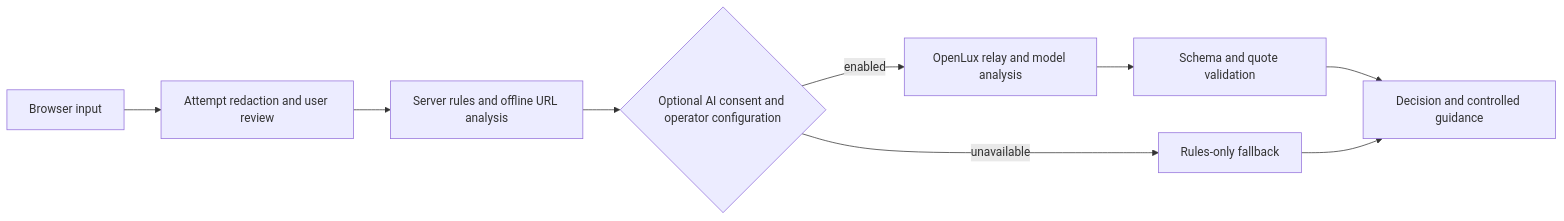
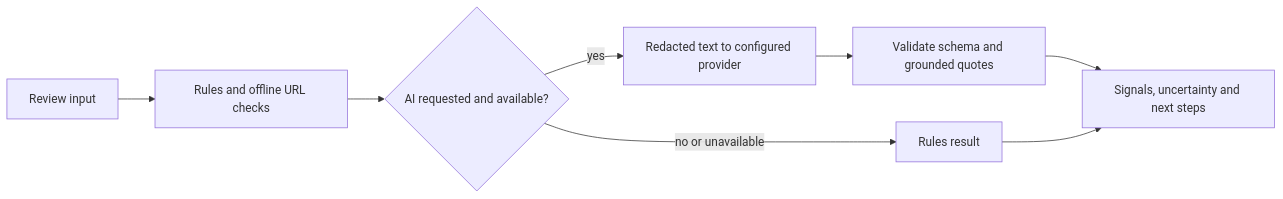
Before and after one commit to yuanweize/OverTo.AI: the diagram in README.md, drawn with Mermaid. The commit also changed other lines of this file and 25 other files, not shown here.

````diff
--- a/README.md
+++ b/README.md
@@ -28,11 +56,10 @@
 ```mermaid
 flowchart LR
-  A[Browser input] --> B[Attempt redaction and user review]
-  B --> C[Server rules and offline URL analysis]
-  C --> D{Optional AI consent and operator configuration}
-  D -->|enabled| E[OpenLux relay and model analysis]
-  E --> F[Schema and quote validation]
-  D -->|unavailable| G[Rules-only fallback]
-  F --> H[Decision and controlled guidance]
-  G --> H
+  A[Review input] --> B[Rules and offline URL checks]
+  B --> C{AI requested and available?}
+  C -->|yes| D[Redacted text to configured provider]
+  D --> E[Validate schema and grounded quotes]
+  C -->|no or unavailable| F[Rules result]
+  E --> G[Signals, uncertainty and next steps]
+  F --> G
 ```
````
